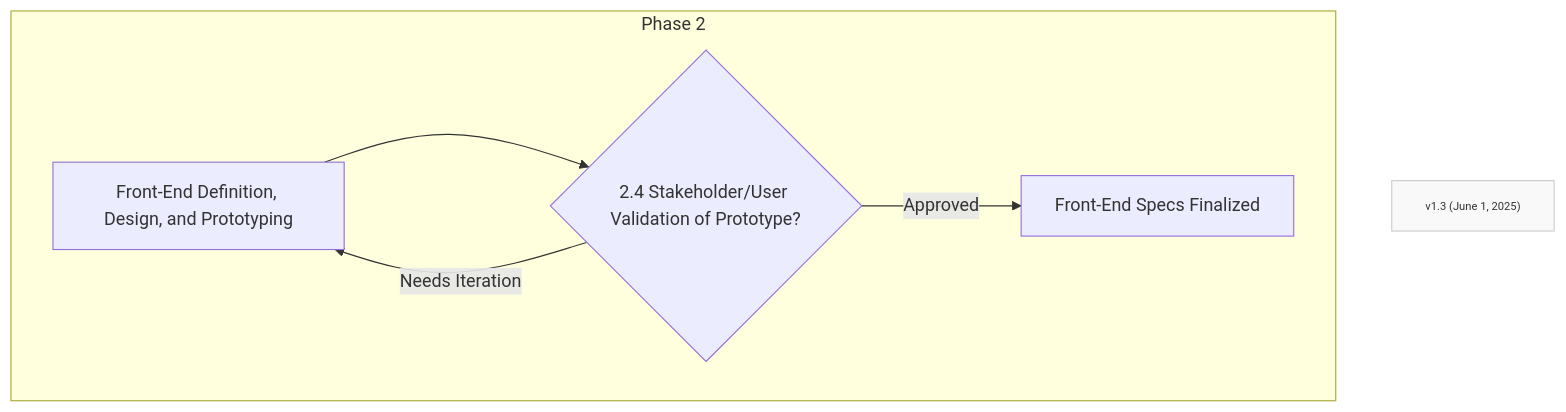
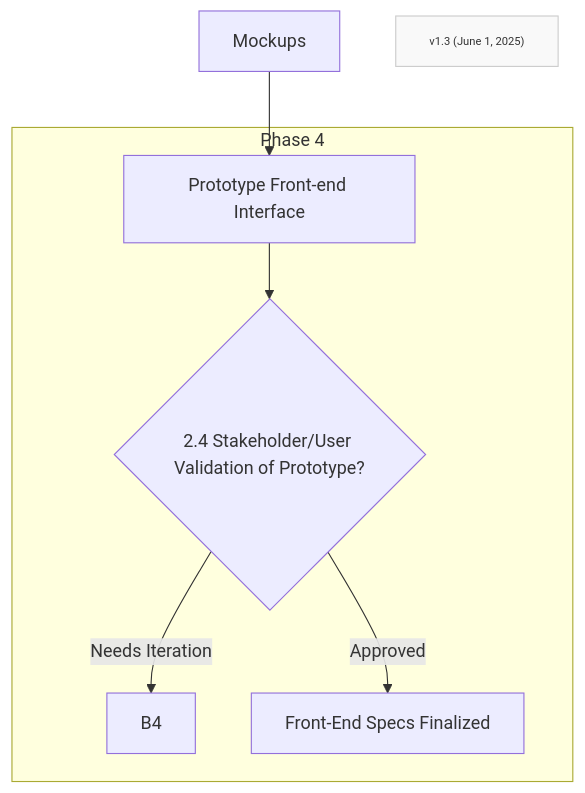
The diagram in Method/FF-phase4.md (Mharbulous/Front-First-Method), drawn with Mermaid before and after one commit.

Commit message:
Refine phase 4 diagram

````diff
--- a/Method/FF-phase4.md
+++ b/Method/FF-phase4.md
@@ -2,15 +2,16 @@
 ```mermaid
 graph TD
     
-    
-    subgraph Phase1["Phase 2"]
-        B3["Front-End Definition, Design, and Prototyping"] --> B4_Val{"2.4 Stakeholder/User Validation of Prototype?"}
-        B4_Val -->|Needs Iteration| B3
-        B4_Val -->|Approved| C_Spec["Front-End Specs Finalized"]
+B1["Mockups"]  --> B2["Prototype Front-end Interface"] 
+
+    subgraph Phase1["Phase 4"]
+        B2 --> B3_Val{"2.4 Stakeholder/User Validation of Prototype?"}
+        B3_Val -->|Needs Iteration| B4
+        B3_Val -->|Approved| C_Spec["Front-End Specs Finalized"]
     end
 
     Version["v1.3 (June 1, 2025)"]
     classDef version fill:#f9f9f9,stroke:#ccc,font-size:10px
     class Version version
 
 ```
````
